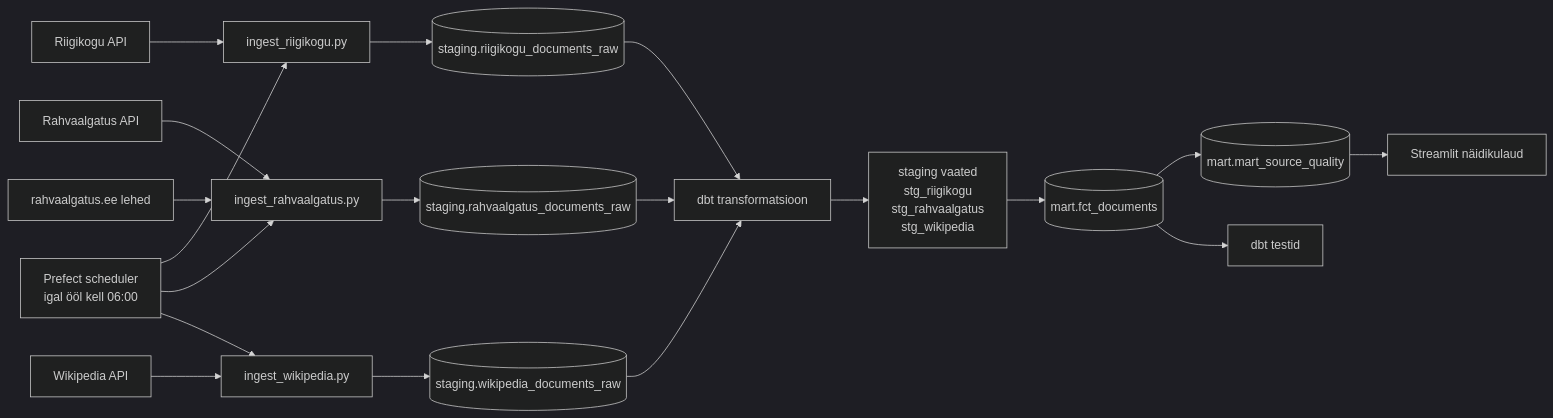
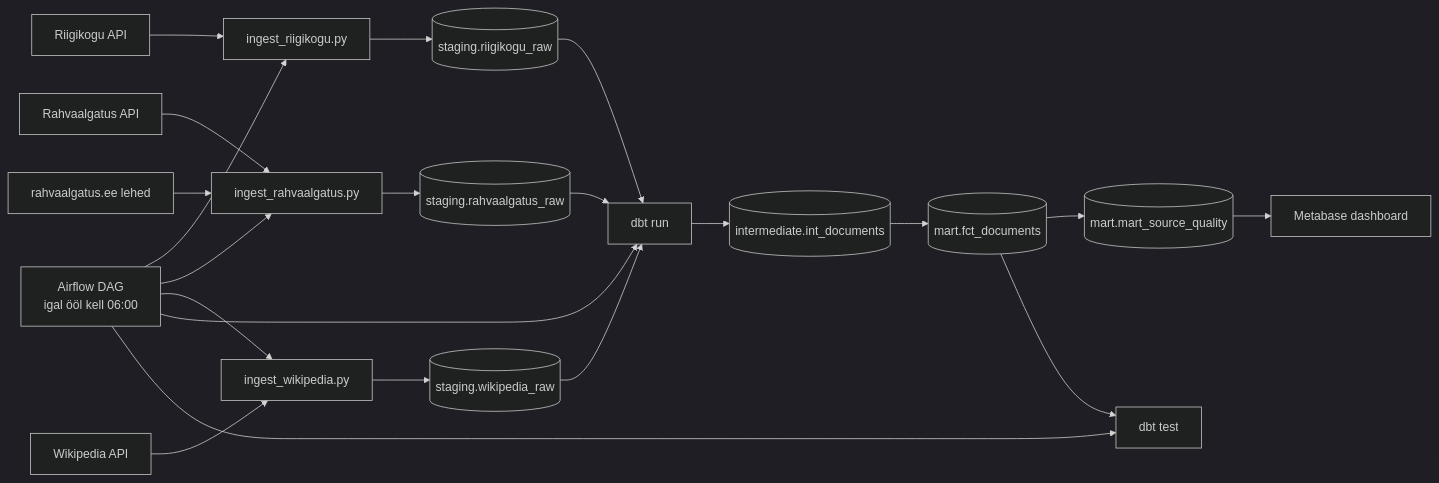
The diagram in docs/arhitektuur.md (eleriaedmaa/tekstiandmete_kvaliteet), drawn with Mermaid (dark theme) before and after one commit. The commit also changed other lines of this file, not shown here.

````diff
--- a/docs/arhitektuur.md
+++ b/docs/arhitektuur.md
@@ -25,26 +26,29 @@
 ```mermaid
 flowchart LR
-    rk_api[Riigikogu API] --> ingest_rk[ingest_riigikogu.py]
-    ra_api[Rahvaalgatus API] --> ingest_ra[ingest_rahvaalgatus.py]
+    airflow[Airflow DAG\nigal ööl kell 06:00] --> ingest_rk[ingest_riigikogu.py]
+    airflow --> ingest_ra[ingest_rahvaalgatus.py]
+    airflow --> ingest_wp[ingest_wikipedia.py]
+
+    rk_api[Riigikogu API] --> ingest_rk
+    ra_api[Rahvaalgatus API] --> ingest_ra
     ra_web[rahvaalgatus.ee lehed] --> ingest_ra
-    wp_api[Wikipedia API] --> ingest_wp[ingest_wikipedia.py]
+    wp_api[Wikipedia API] --> ingest_wp
 
-    ingest_rk --> stg_rk[(staging.riigikogu_documents_raw)]
-    ingest_ra --> stg_ra[(staging.rahvaalgatus_documents_raw)]
-    ingest_wp --> stg_wp[(staging.wikipedia_documents_raw)]
+    ingest_rk --> stg_rk[(staging.riigikogu_raw)]
+    ingest_ra --> stg_ra[(staging.rahvaalgatus_raw)]
+    ingest_wp --> stg_wp[(staging.wikipedia_raw)]
 
-    stg_rk --> dbt[dbt transformatsioon]
+    stg_rk --> dbt[dbt run]
     stg_ra --> dbt
     stg_wp --> dbt
 
-    dbt --> stg_views[staging vaated\nstg_riigikogu\nstg_rahvaalgatus\nstg_wikipedia]
-    stg_views --> fct[(mart.fct_documents)]
+    dbt --> int[(intermediate.int_documents)]
+    int --> fct[(mart.fct_documents)]
     fct --> mart_quality[(mart.mart_source_quality)]
 
-    mart_quality --> dashboard[Streamlit näidikulaud]
-    fct --> tests[dbt testid]
+    airflow --> dbt
+    airflow --> tests[dbt test]
+    fct --> tests
 
-    prefect[Prefect scheduler\nigal ööl kell 06:00] --> ingest_rk
-    prefect --> ingest_ra
-    prefect --> ingest_wp
+    mart_quality --> dashboard[Metabase dashboard]
 ```
````
